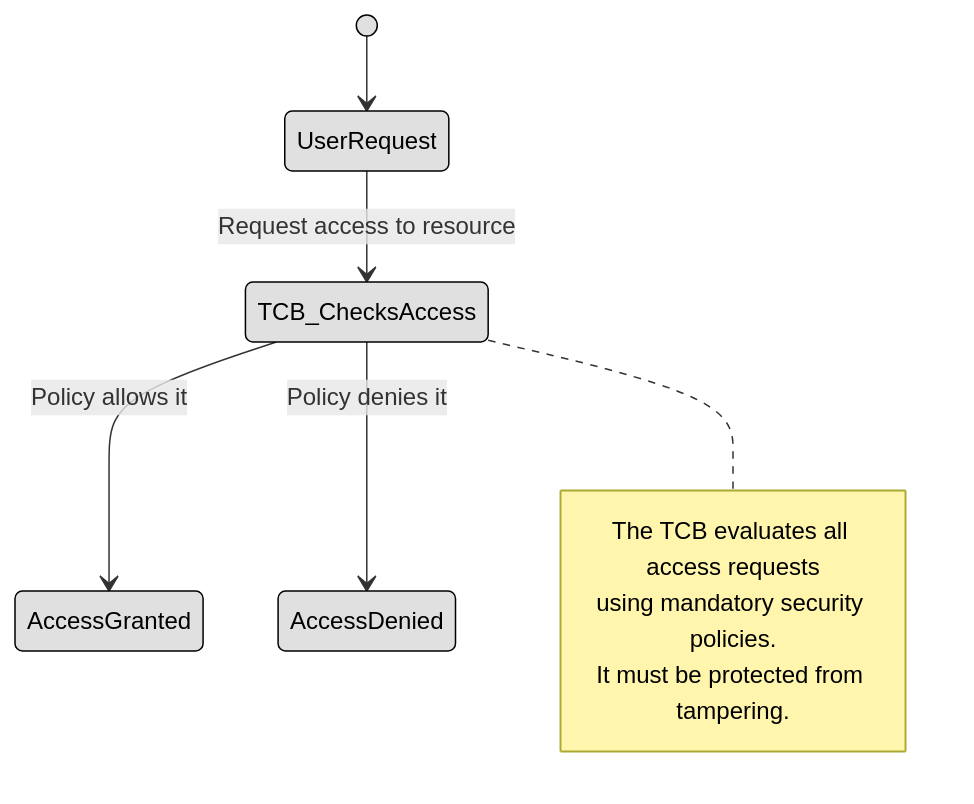
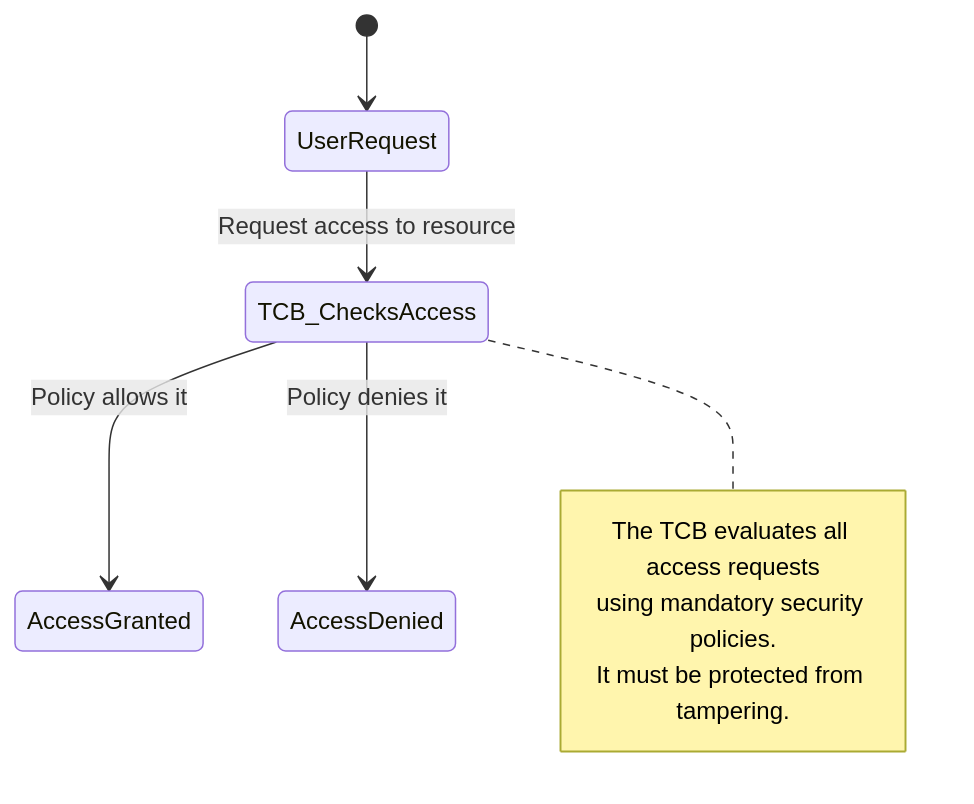
Before and after one commit to lorenzoleonelli/CISSP-Zero-to-Hero: the first of 15 diagrams in DOMAIN3: Security Architecture and Engineering/3.02 Understand the fundamental concepts of security models (e.g. Biba, Star Model, Bell Lapadula).md, drawn with Mermaid.

Commit message:
Update 3.02 Understand the fundamental concepts of security models (e.g. Biba, Star Model, Bell Lapadula).md

````diff
--- a/DOMAIN3: Security Architecture and Engineering/3.02 Understand the fundamental concepts of security models (e.g. Biba, Star Model, Bell Lapadula).md
+++ b/DOMAIN3: Security Architecture and Engineering/3.02 Understand the fundamental concepts of security models (e.g. Biba, Star Model, Bell Lapadula).md
@@ -10,17 +10,16 @@
 ```mermaid
 stateDiagram-v2
     [*] --> UserRequest
 
     UserRequest --> TCB_ChecksAccess : Request access to resource
     TCB_ChecksAccess --> AccessGranted : Policy allows it
     TCB_ChecksAccess --> AccessDenied : Policy denies it
 
     note right of TCB_ChecksAccess
       The TCB evaluates all access requests
       using mandatory security policies.
       It must be protected from tampering.
     end note
 
-    classDef center fill:#ffffff,color:#000000,stroke:#000000,stroke-width:1px,font-weight:bold
-    classDef node fill:#e0e0e0,color:#000000,stroke:#000000,stroke-width:1px
+
 ```
````
